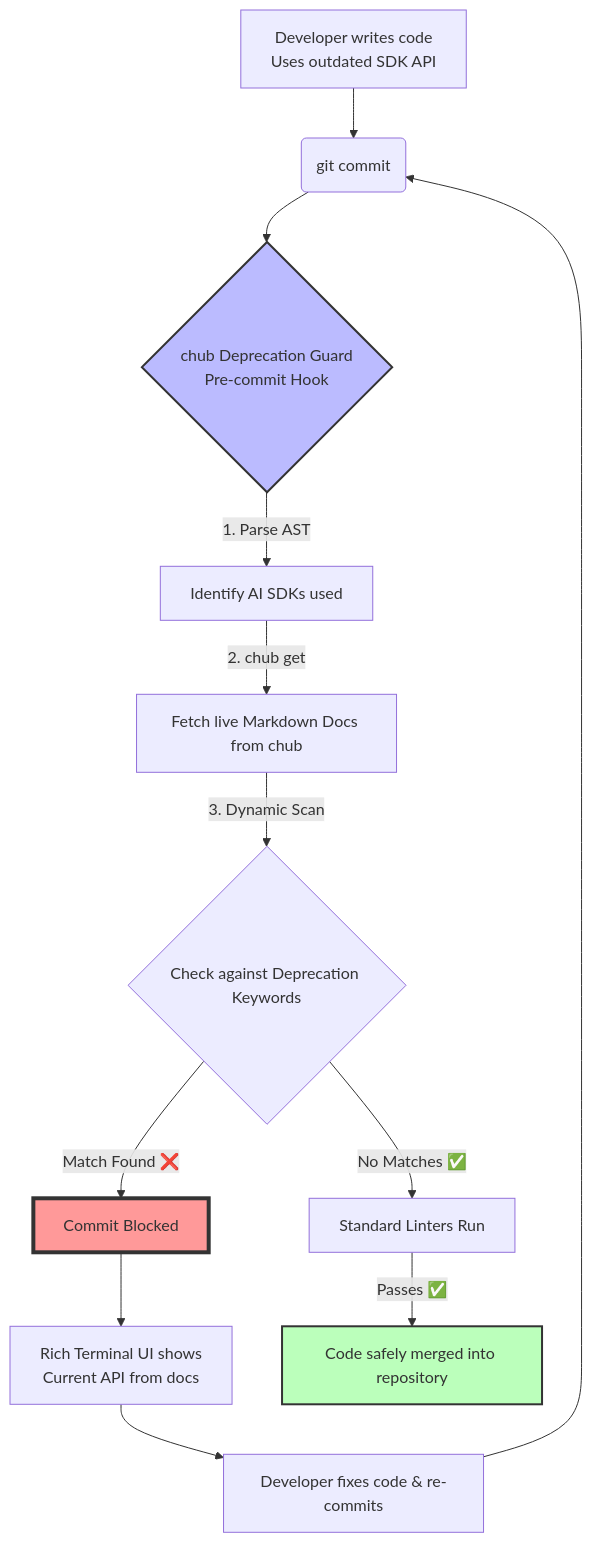
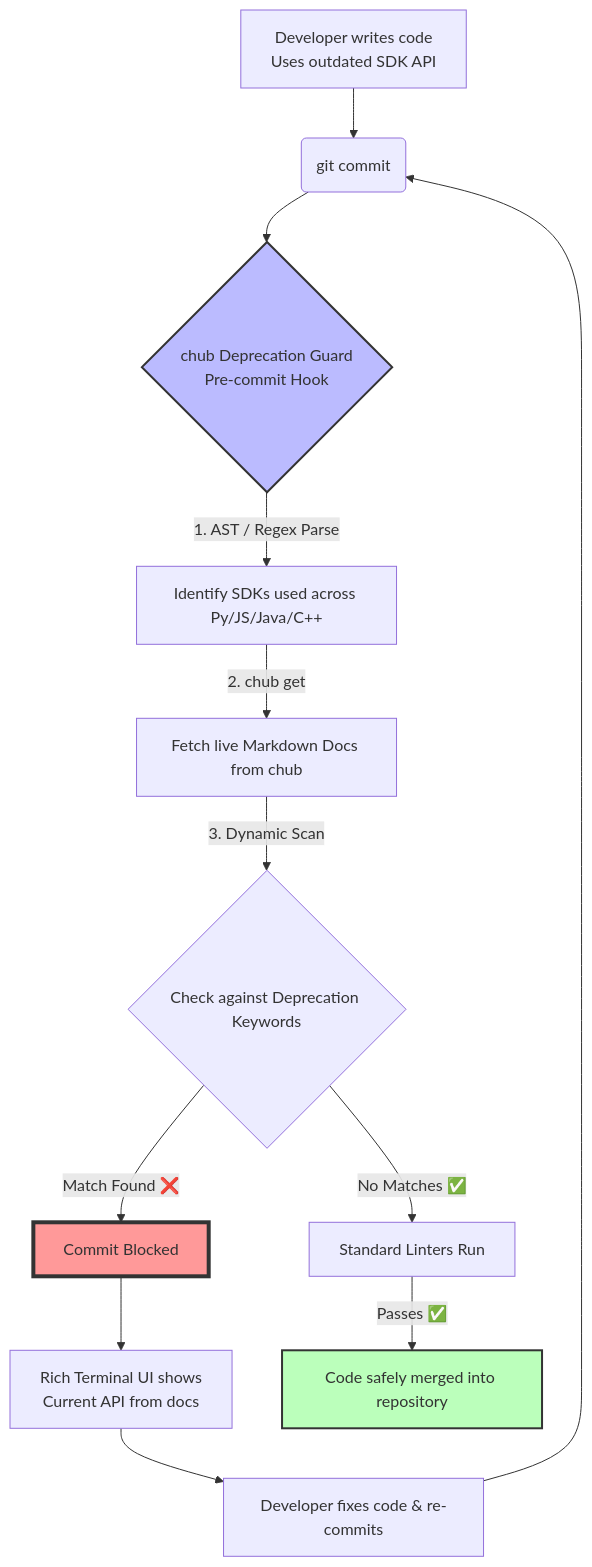
Before and after one commit to rhealaloo45/chub-guard: the second of 2 diagrams in comparison.md, drawn with Mermaid. The commit also changed other lines of this file and 12 other files, not shown here.

````diff
--- a/comparison.md
+++ b/comparison.md
@@ -37,21 +36,21 @@
 ```mermaid
 graph TD
     A[Developer writes code<br/>Uses outdated SDK API] --> B(git commit)
     B --> C{chub Deprecation Guard<br/>Pre-commit Hook}
     
-    C -->|1. Parse AST| D[Identify AI SDKs used]
+    C -->|1. AST / Regex Parse| D[Identify SDKs used across Py/JS/Java/C++]
     D -->|2. chub get| E[Fetch live Markdown Docs from chub]
     E -->|3. Dynamic Scan| F{Check against Deprecation Keywords}
     
     F -->|Match Found ❌| G[Commit Blocked]
     G --> H[Rich Terminal UI shows<br/>Current API from docs]
     H --> I[Developer fixes code & re-commits]
     I --> B
     
     F -->|No Matches ✅| J[Standard Linters Run]
     J -->|Passes ✅| K[Code safely merged into repository]
 
     style C fill:#bbf,stroke:#333,stroke-width:2px
     style G fill:#f99,stroke:#333,stroke-width:4px
     style K fill:#bfb,stroke:#333,stroke-width:2px
 ```
````
